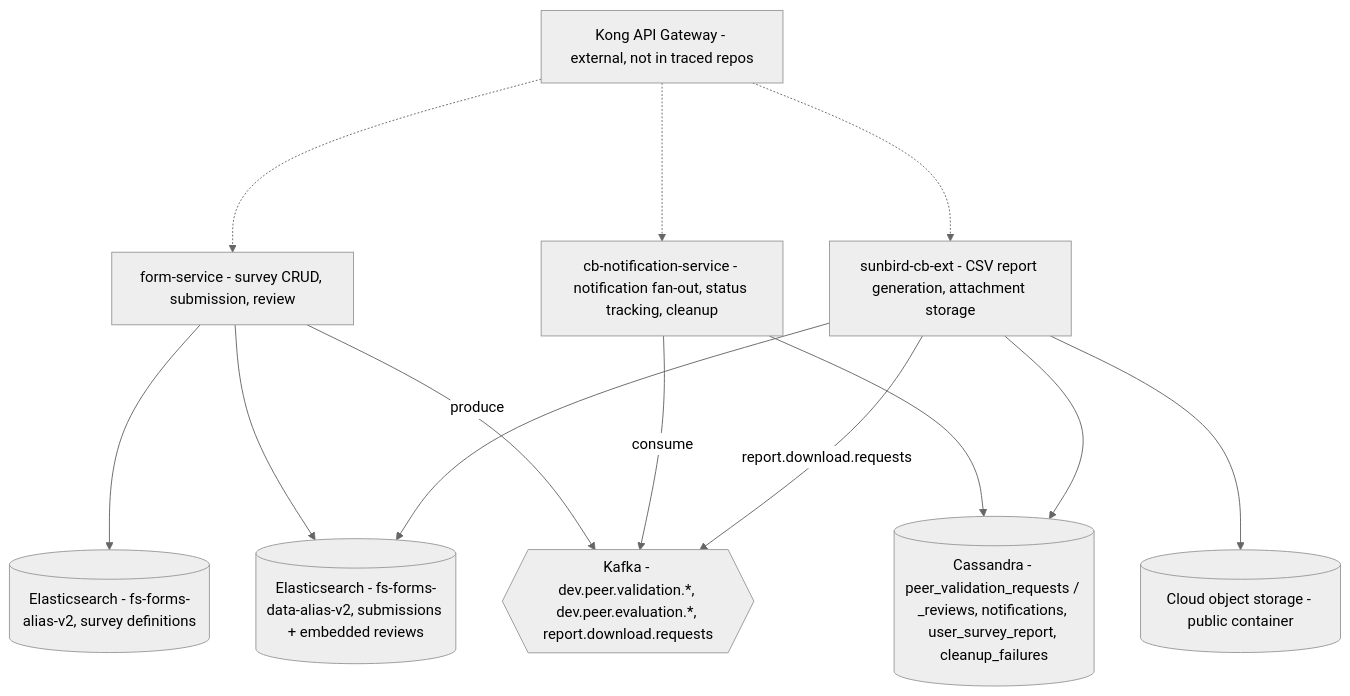
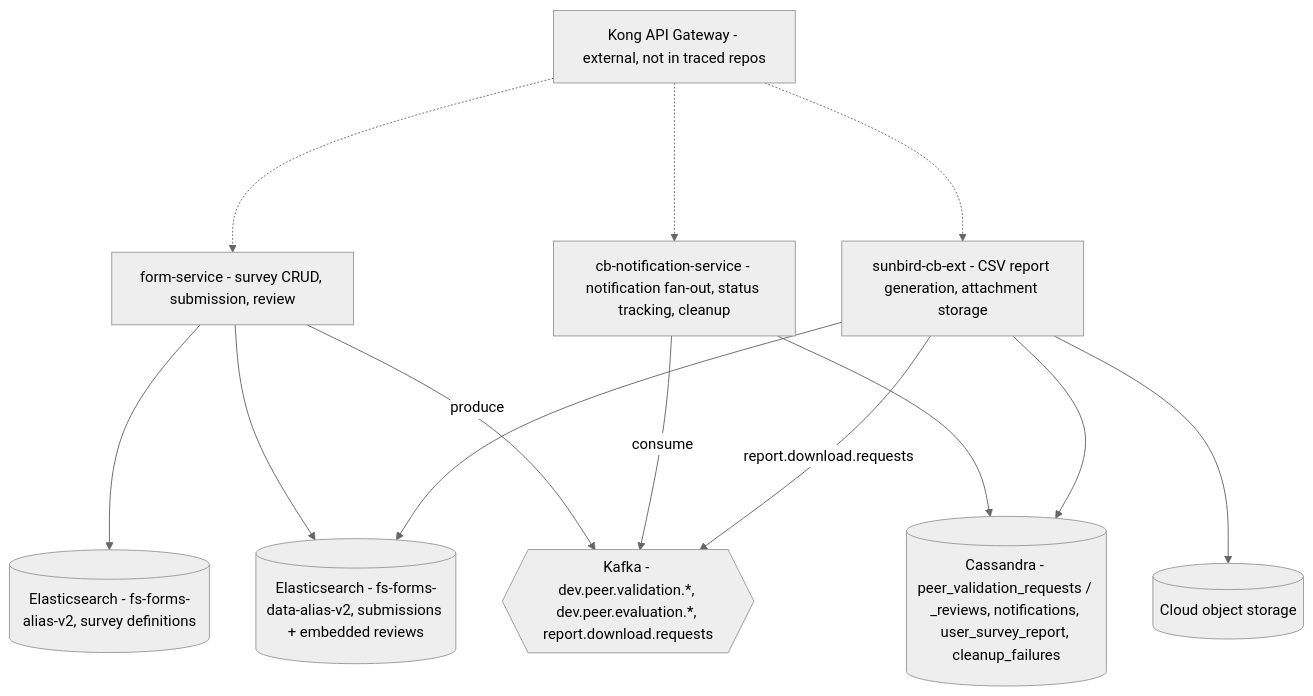
Before and after one commit to KB-iGOT/igot-docs: the second of 2 diagrams in docs/learning-hub/peer-validation/hld.md, drawn with Mermaid (neutral theme). The commit also changed other lines of this file and 23 other files, not shown here.

````diff
--- a/docs/learning-hub/peer-validation/hld.md
+++ b/docs/learning-hub/peer-validation/hld.md
@@ -38,30 +38,30 @@
 ```mermaid
 %%{init: {"flowchart": {"rankSpacing": 170}}}%%
 flowchart TB
     Kong["Kong API Gateway - external, not in traced repos"]
 
     FormSvc["form-service - survey CRUD, submission, review"]
     NotifSvc["cb-notification-service - notification fan-out, status tracking, cleanup"]
     ExtSvc["sunbird-cb-ext - CSV report generation, attachment storage"]
 
     KafkaBus{{"Kafka - dev.peer.validation.*, dev.peer.evaluation.*, report.download.requests"}}
 
     ES1[("Elasticsearch - fs-forms-alias-v2, survey definitions")]
     ES2[("Elasticsearch - fs-forms-data-alias-v2, submissions + embedded reviews")]
     Cass[("Cassandra - peer_validation_requests / _reviews, notifications, user_survey_report, cleanup_failures")]
-    Cloud[("Cloud object storage - public container")]
+    Cloud[("Cloud object storage")]
 
     Kong -.-> FormSvc
     Kong -.-> NotifSvc
     Kong -.-> ExtSvc
 
     FormSvc --> ES1
     FormSvc --> ES2
     FormSvc -->|produce| KafkaBus
     NotifSvc -->|consume| KafkaBus
     NotifSvc --> Cass
     ExtSvc -->|report.download.requests| KafkaBus
     ExtSvc --> Cass
     ExtSvc --> ES2
     ExtSvc --> Cloud
 ```
````
